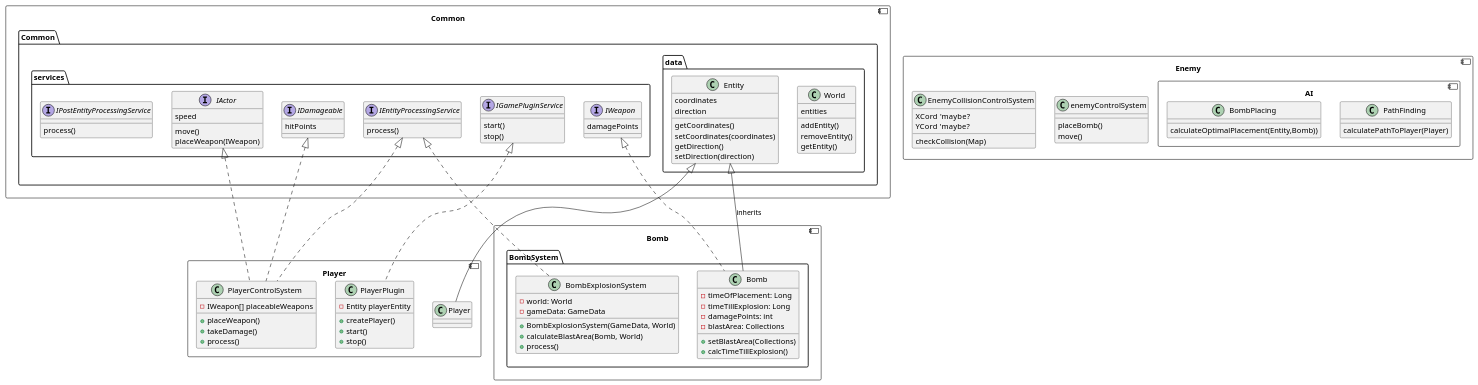
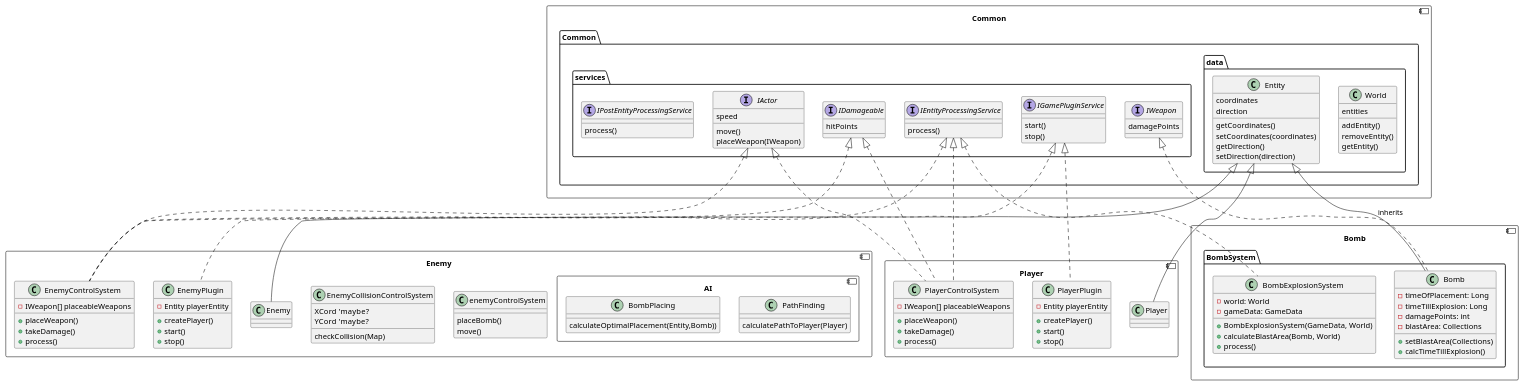
Before and after one commit to TidosDK/boom-battle: the diagram in Documentation/class_diagram.puml, drawn with PlantUML.

Commit message:
Insert player classes in Enemy module/package

```diff
--- a/Documentation/class_diagram.puml
+++ b/Documentation/class_diagram.puml
@@ -1,143 +1,166 @@
 @startuml
 component Common {
     package Common {
 
         package services {
             interface IActor {
                 speed
                 move()
                 placeWeapon(IWeapon)
             }
 
             interface IWeapon {
                 damagePoints
             }
 
             interface IDamageable {
                 hitPoints
             }
 
             interface IGamePluginService {
                 start()
                 stop()
             }
 
             interface IEntityProcessingService {
                 process()
             }
 
             interface IPostEntityProcessingService {
                 process()
             }
         }
 
         package data {
             class World {
                 entities
                 addEntity()
                 removeEntity()
                 getEntity()
             }
 
             class Entity {
                 coordinates
                 direction
 
                 getCoordinates()
                 setCoordinates(coordinates)
                 getDirection()
                 setDirection(direction)
             }
         }
     }
 
 
 '	component Parts {
 '		interface EntityPart {
 '			process()
 '		}
 '
 '		class LifePart implements EntityPart {
 '		}
 '
 '		class MovingPart implements EntityPart {
 '		}
 '
 '		class PositionPart implements EntityPart {
 '		}
 '
 '	}
 }
 component Bomb{
     package BombSystem {
         class Bomb implements Common.Common.services.IWeapon{
             - timeOfPlacement: Long
             - timeTillExplosion: Long
             - damagePoints: int
             - blastArea: Collections
             + setBlastArea(Collections)
             + calcTimeTillExplosion()
         }
         Bomb --|> Entity : inherits
 
         class BombExplosionSystem implements Common.Common.services.IEntityProcessingService {
             - world: World
             - gameData: GameData
             + BombExplosionSystem(GameData, World)
             + calculateBlastArea(Bomb, World)
             + process()
         }
     }
 }
 
 component Enemy{
     class enemyControlSystem{
         placeBomb()
         move()
     }
     component AI{
     'maybe an interface
         class PathFinding{
             calculatePathToPlayer(Player)
         }
 
         class BombPlacing {
             calculateOptimalPlacement(Entity,Bomb))
         }
     }
 
     class EnemyCollisionControlSystem{
         XCord  'maybe?
         YCord  'maybe?
         checkCollision(Map)
     }
+
+    class Enemy {
+        }
+
+        class EnemyControlSystem {
+        - IWeapon[] placeableWeapons
+        + placeWeapon()
+        + takeDamage()
+        + process()
+        }
+
+        class EnemyPlugin {
+        - Entity playerEntity
+        + createPlayer()
+        + start()
+        + stop()
+        }
+
+        Common.Common.services.IActor <|.. Enemy.EnemyControlSystem
+        Common.Common.services.IDamageable <|.. Enemy.EnemyControlSystem
+        Common.Common.data.Entity <|-- Enemy.Enemy
+        Common.Common.services.IEntityProcessingService <|.. Enemy.EnemyControlSystem
+        Common.Common.services.IGamePluginService <|.. Enemy.EnemyPlugin
 }
 	
 component Player {
     class Player {
     }
 
     class PlayerControlSystem {
     - IWeapon[] placeableWeapons
     + placeWeapon()
     + takeDamage()
     + process()
     }
 
     class PlayerPlugin {
     - Entity playerEntity
     + createPlayer()
     + start()
     + stop()
     }
 
     Common.Common.services.IActor <|.. Player.PlayerControlSystem
     Common.Common.services.IDamageable <|.. Player.PlayerControlSystem
     Common.Common.data.Entity <|-- Player.Player
     Common.Common.services.IEntityProcessingService <|.. Player.PlayerControlSystem
     Common.Common.services.IGamePluginService <|.. Player.PlayerPlugin
 }
 
 
 
 @enduml
```
